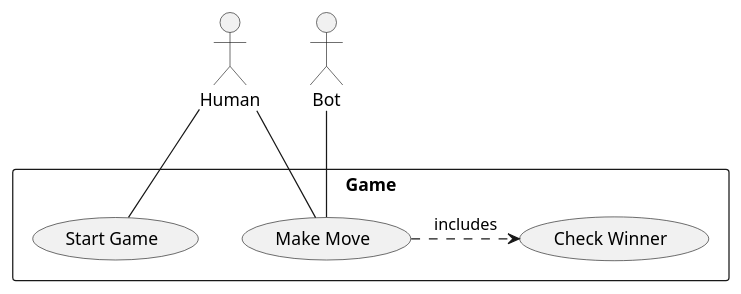
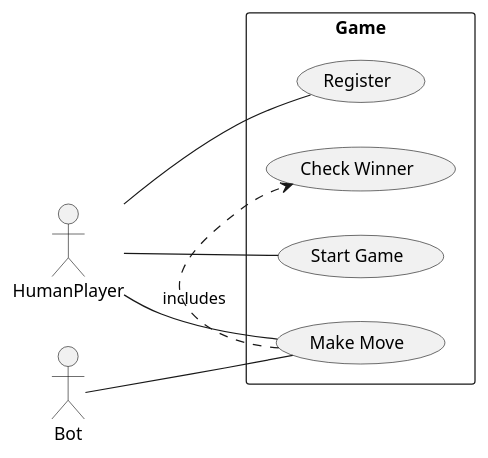
One commit to sarveshdutt17feb/LLD3April25 changed the first of 8 diagrams in LLD3/LLD3/src/main/java/com/sarvesh/LLD3/TicTacToe/README_TicTacToe.md. Above: the diagram before and after it, drawn with PlantUML. The commit also changed other lines of this file, not shown here.

````diff
--- a/LLD3/LLD3/src/main/java/com/sarvesh/LLD3/TicTacToe/README_TicTacToe.md
+++ b/LLD3/LLD3/src/main/java/com/sarvesh/LLD3/TicTacToe/README_TicTacToe.md
@@ -56,12 +67,16 @@
 ```plantuml
 @startuml
-actor Human
+left to right direction
+actor HumanPlayer
 actor Bot
 rectangle Game {
-  Human -- (Start Game)
-  Human -- (Make Move)
+  HumanPlayer -- (Start Game)
+  HumanPlayer -- (Make Move)
   Bot -- (Make Move)
+    HumanPlayer -- (Register)
+
   (Make Move) .> (Check Winner) : includes
 }
+
 @enduml
 ```
````
